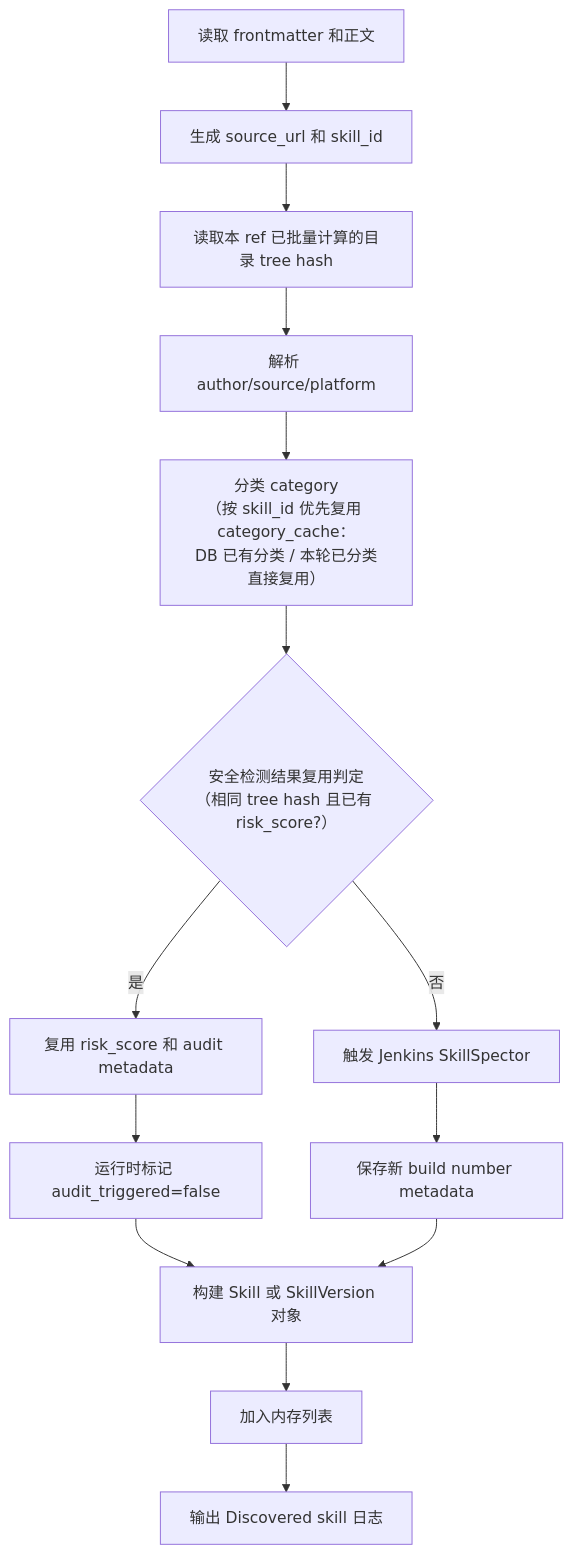
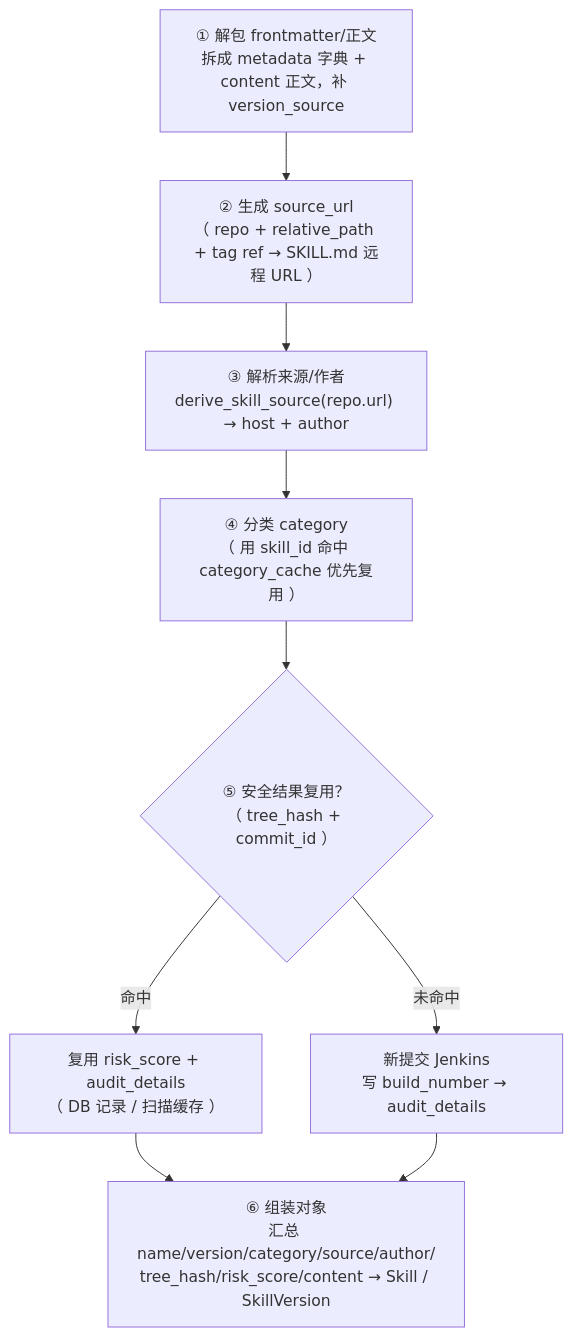
One commit to openeuler-mirror/skillhub changed the fifth of 9 diagrams in doc/design/skillcrawler-discover-design.md. Above: the diagram before and after it, drawn with Mermaid. The commit also changed other lines of this file, not shown here.

````diff
--- a/doc/design/skillcrawler-discover-design.md
+++ b/doc/design/skillcrawler-discover-design.md
@@ -603,16 +704,11 @@
 ```mermaid
 flowchart TD
-    A[读取 frontmatter 和正文] --> B[生成 source_url 和 skill_id]
-    B --> C[读取本 ref 已批量计算的目录 tree hash]
-    C --> D[解析 author/source/platform]
-    D --> E["分类 category<br/>（按 skill_id 优先复用 category_cache：<br/>DB 已有分类 / 本轮已分类直接复用）"]
-    E --> F{安全检测结果复用判定<br/>（相同 tree hash 且已有 risk_score?）}
-    F -->|是| G[复用 risk_score 和 audit metadata]
-    F -->|否| H[触发 Jenkins SkillSpector]
-    G --> I[运行时标记 audit_triggered=false]
-    H --> J[保存新 build number metadata]
-    I --> K[构建 Skill 或 SkillVersion 对象]
-    J --> K
-    K --> L[加入内存列表]
-    L --> M[输出 Discovered skill 日志]
+    A["① 解包 frontmatter/正文<br/>拆成 metadata 字典 + content 正文，补 version_source"] --> B["② 生成 source_url<br/>（ repo + relative_path + tag ref → SKILL.md 远程 URL ）"]
+    B --> C["③ 解析来源/作者<br/>derive_skill_source(repo.url) → host + author"]
+    C --> D["④ 分类 category<br/>（ 用 skill_id 命中 category_cache 优先复用 ）"]
+    D --> E{"⑤ 安全结果复用？<br/>（ tree_hash + commit_id ）"}
+    E -->|命中| F["复用 risk_score + audit_details<br/>（ DB 记录 / 扫描缓存 ）"]
+    E -->|未命中| G["新提交 Jenkins<br/>写 build_number → audit_details"]
+    F --> H["⑥ 组装对象<br/>汇总 name/version/category/source/author/<br/>tree_hash/risk_score/content → Skill / SkillVersion"]
+    G --> H
 ```
````
